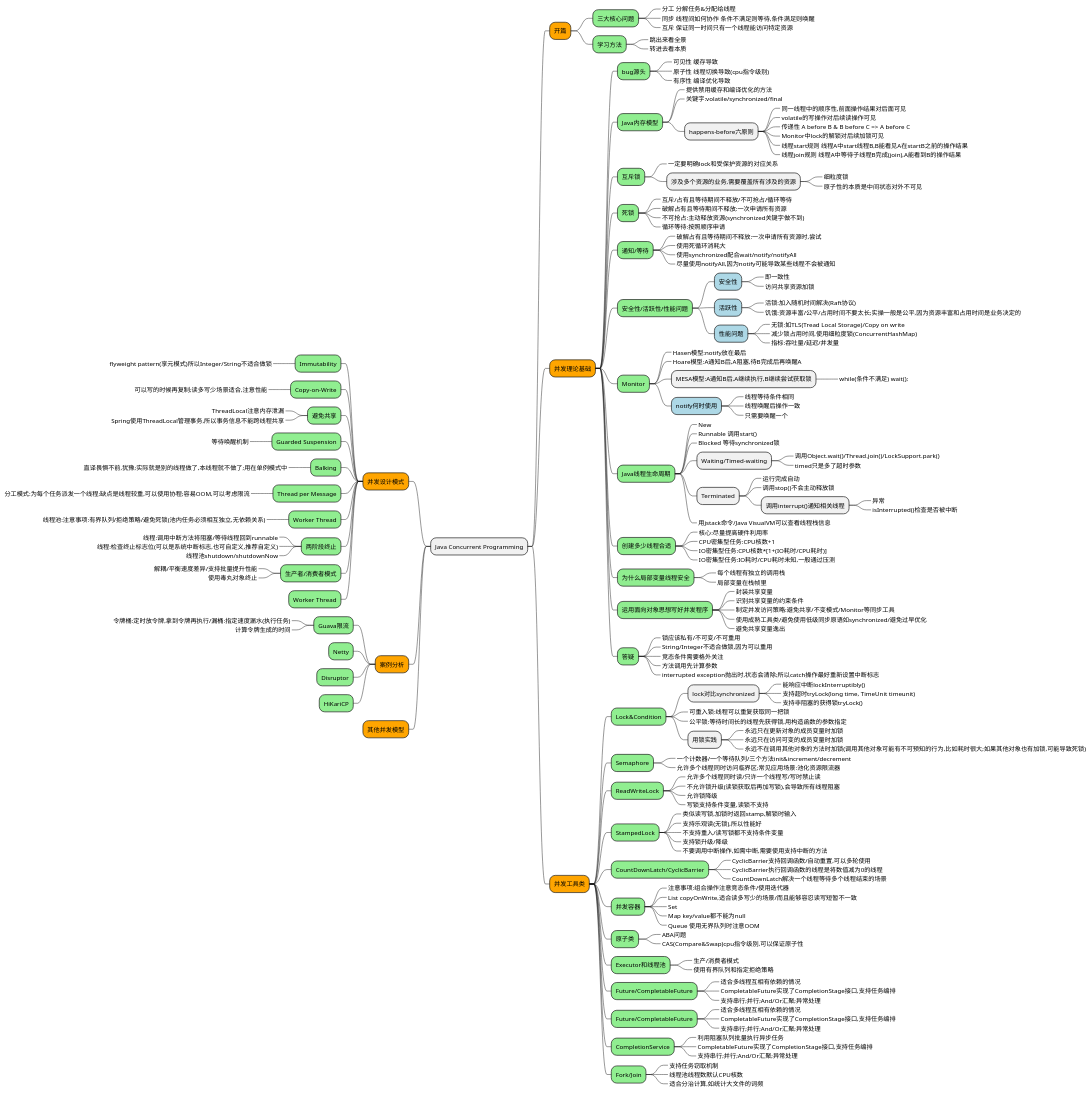
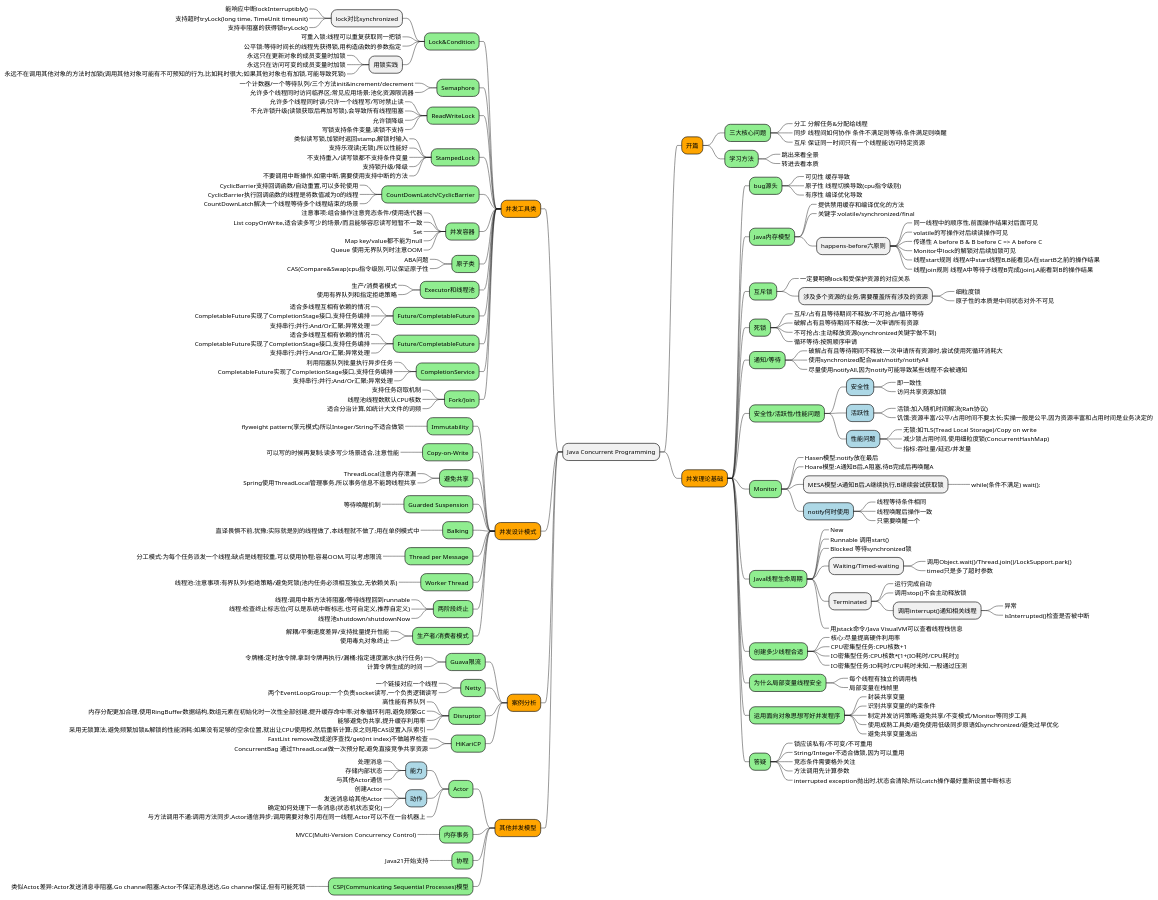
Before and after one commit to kingraser/Learning: the diagram in mindmap/JavaConcurrent.puml, drawn with PlantUML.

Commit message:
Java Concurrent

```diff
--- a/mindmap/JavaConcurrent.puml
+++ b/mindmap/JavaConcurrent.puml
@@ -34,8 +34,7 @@
             *_ 不可抢占:主动释放资源(synchronized关键字做不到)
             *_ 循环等待:按照顺序申请
         *[#lightgreen] 通知/等待
-            *_ 破解占有且等待期间不释放:一次申请所有资源时,尝试
-            *_ 使用死循环消耗大
+            *_ 破解占有且等待期间不释放:一次申请所有资源时,尝试使用死循环消耗大
             *_ 使用synchronized配合wait/notify/notifyAll
             *_ 尽量使用notifyAll,因为notify可能导致某些线程不会被通知
         *[#lightgreen] 安全性/活跃性/性能问题
@@ -92,6 +91,7 @@
             *_ 竞态条件需要格外关注
             *_ 方法调用先计算参数
             *_ interrupted exception抛出时,状态会清除;所以catch操作最好重新设置中断标志
+left side
     *[#orange] 并发工具类
         *[#lightgreen] Lock&Condition
             * lock对比synchronized
@@ -150,7 +150,6 @@
             *_ 支持任务窃取机制
             *_ 线程池线程数默认CPU核数
             *_ 适合分治计算,如统计大文件的词频
-left side
     *[#orange] 并发设计模式
         *[#lightgreen] Immutability
             *_ flyweight pattern(享元模式)所以Integer/String不适合做锁
@@ -174,13 +173,36 @@
         *[#lightgreen] 生产者/消费者模式
             *_ 解耦/平衡速度差异/支持批量提升性能
             *_ 使用毒丸对象终止
-        *[#lightgreen] Worker Thread
     *[#orange] 案例分析
         *[#lightgreen] Guava限流
             *_ 令牌桶:定时放令牌,拿到令牌再执行/漏桶:指定速度漏水(执行任务)
             *_ 计算令牌生成的时间
         *[#lightgreen] Netty
+            *_ 一个链接对应一个线程
+            *_ 两个EventLoopGroup:一个负责socket读写,一个负责逻辑读写
         *[#lightgreen] Disruptor
+            *_ 高性能有界队列
+            *_ 内存分配更加合理,使用RingBuffer数据结构,数组元素在初始化时一次性全部创建,提升缓存命中率;对象循环利用,避免频繁GC
+            *_ 能够避免伪共享,提升缓存利用率
+            *_ 采用无锁算法,避免频繁加锁&解锁的性能消耗:如果没有足够的空余位置,就出让CPU使用权,然后重新计算;反之则用CAS设置入队索引
         *[#lightgreen] HiKariCP
+            *_ FastList remove改成逆序查找/get(int index)不做越界检查
+            *_ ConcurrentBag 通过ThreadLocal做一次预分配,避免直接竞争共享资源
     *[#orange] 其他并发模型
+        *[#lightgreen] Actor
+            *[#lightblue] 能力
+                *_ 处理消息
+                *_ 存储内部状态
+                *_ 与其他Actor通信
+            *[#lightblue] 动作
+                *_ 创建Actor
+                *_ 发送消息给其他Actor
+                *_ 确定如何处理下一条消息(状态机状态变化)
+            *_ 与方法调用不通:调用方法同步,Actor通信异步;调用需要对象引用在同一线程,Actor可以不在一台机器上
+        *[#lightgreen] 内存事务
+            *_ MVCC(Multi-Version Concurrency Control)
+        *[#lightgreen] 协程
+            *_ Java21开始支持
+        *[#lightgreen] CSP(Communicating Sequential Processes)模型
+            *_ 类似Actor,差异:Actor发送消息非阻塞,Go channel阻塞;Actor不保证消息送达,Go channel保证,但有可能死锁
 @endmindmap
```
